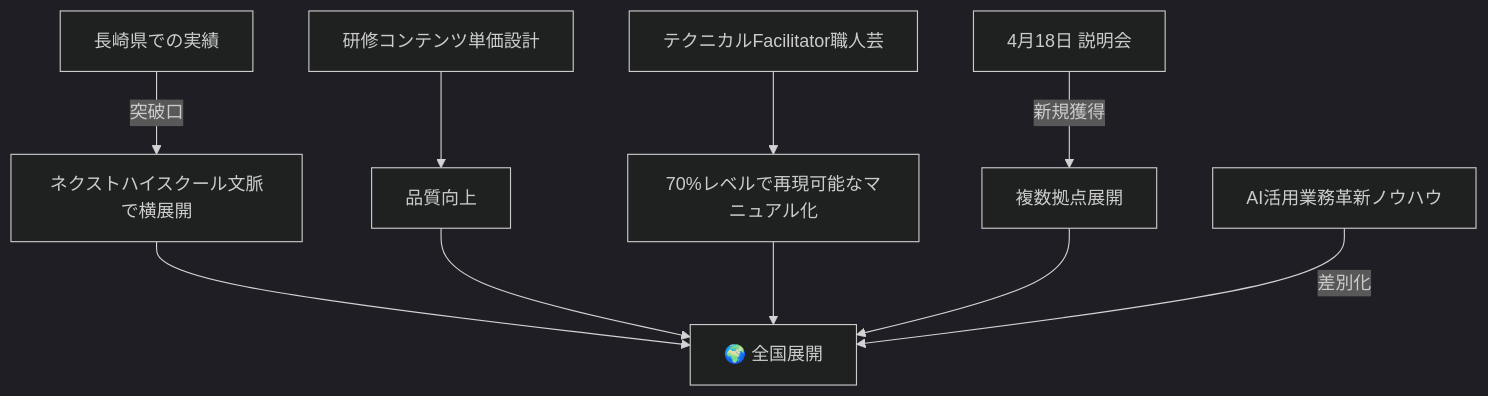
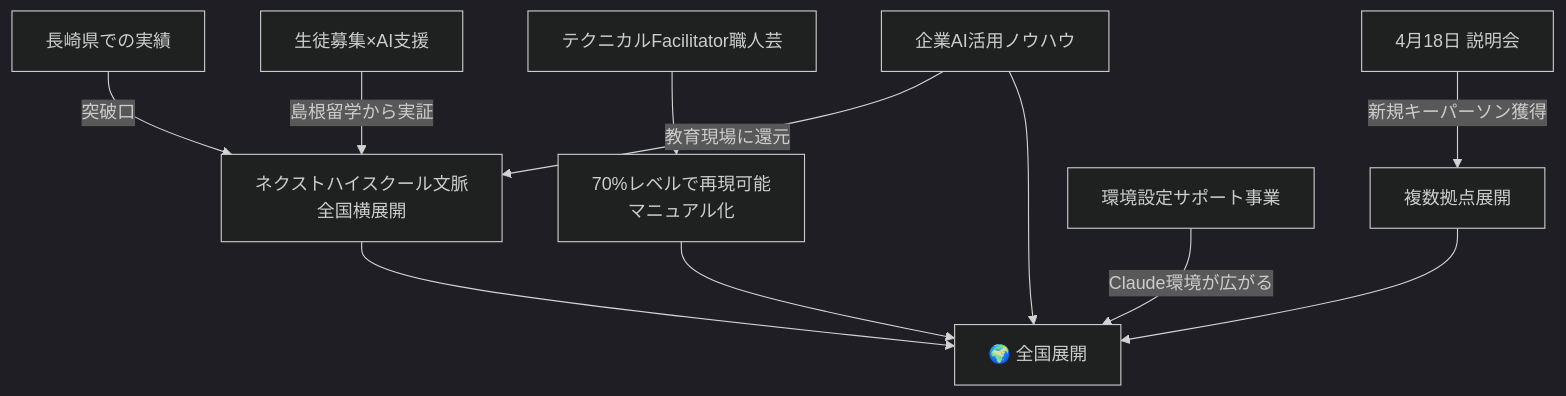
Before and after one commit to VOMOYA/planetary-learning-mtg-reports: the ninth of 9 diagrams in プラネタリーラーニング_運営MTG_20260326.md, drawn with Mermaid (dark theme). The commit also changed other lines of this file, not shown here.

````diff
--- a/プラネタリーラーニング_運営MTG_20260326.md
+++ b/プラネタリーラーニング_運営MTG_20260326.md
@@ -298,12 +409,15 @@
 ```mermaid
 flowchart TD
-    A[長崎県での実績] -->|突破口| B[ネクストハイスクール文脈で横展開]
-    C[研修コンテンツ単価設計] --> D[品質向上]
-    E[テクニカルFacilitator職人芸] --> F[70%レベルで再現可能なマニュアル化]
-    G[4月18日 説明会] -->|新規獲得| H[複数拠点展開]
-    B --> I[🌍 全国展開]
-    D --> I
-    F --> I
-    H --> I
-    J[AI活用業務革新ノウハウ] -->|差別化| I
+    A[長崎県での実績] -->|突破口| B[ネクストハイスクール文脈<br/>全国横展開]
+    C[テクニカルFacilitator職人芸] --> D[70%レベルで再現可能<br/>マニュアル化]
+    E[4月18日 説明会] -->|新規キーパーソン獲得| F[複数拠点展開]
+    G[企業AI活用ノウハウ] -->|教育現場に還元| B
+
+    B --> H[🌍 全国展開]
+    D --> H
+    F --> H
+    G --> H
+
+    I[生徒募集×AI支援] -->|島根留学から実証| B
+    J[環境設定サポート事業] -->|Claude環境が広がる| H
 ```
````
